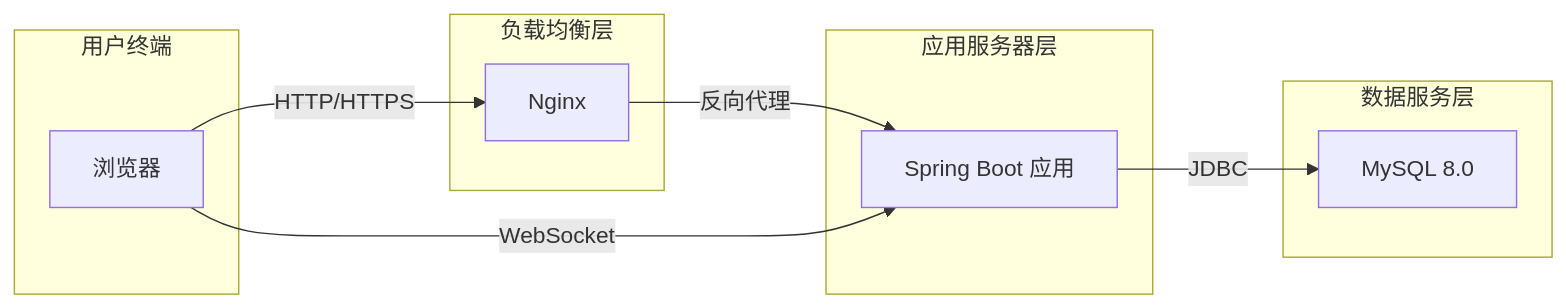
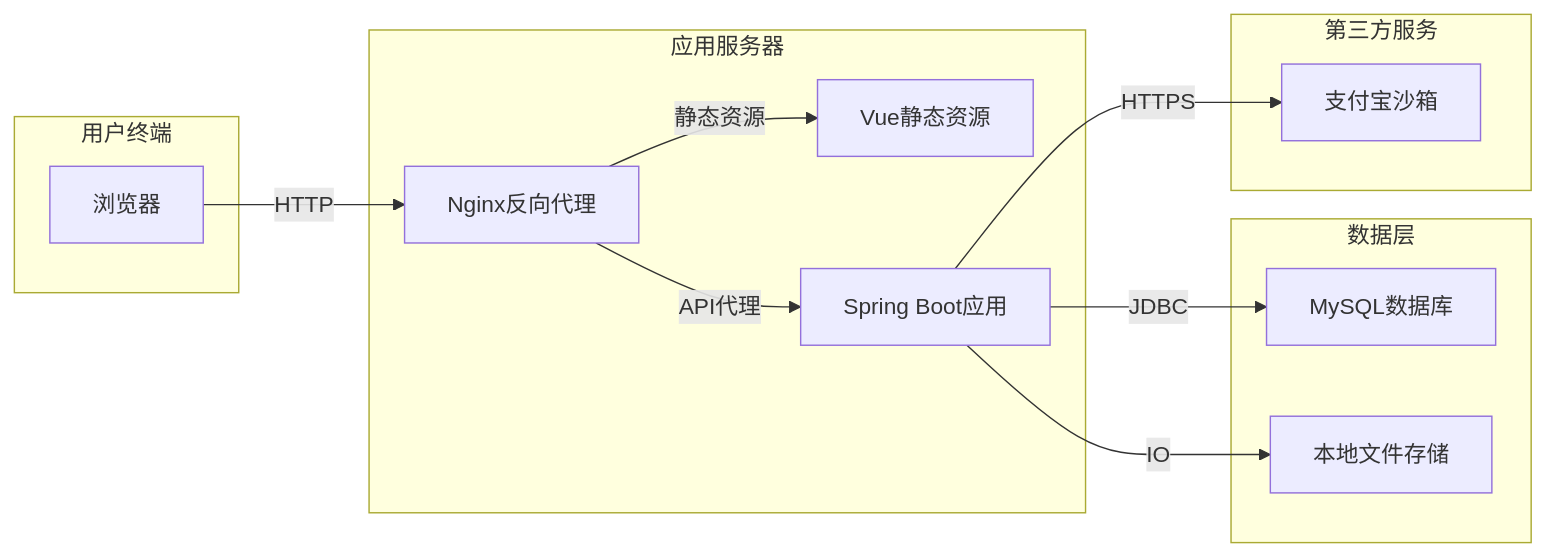
One commit to wxb09/nerbi changed the second of 2 diagrams in 论文/4.1系统总体架构设计.md. Above: the diagram before and after it, drawn with Mermaid. The commit also changed other lines of this file and 40 other files, not shown here.

````diff
--- a/论文/4.1系统总体架构设计.md
+++ b/论文/4.1系统总体架构设计.md
@@ -112,23 +77,28 @@
 ```mermaid
 graph LR
     subgraph 用户终端
         A[浏览器]
     end
 
-    subgraph 负载均衡层
-        B[Nginx]
+    subgraph 应用服务器
+        B[Nginx反向代理]
+        C[Vue静态资源]
+        D[Spring Boot应用]
     end
 
-    subgraph 应用服务器层
-        C[Spring Boot 应用]
+    subgraph 数据层
+        E[MySQL数据库]
+        F[本地文件存储]
     end
 
-    subgraph 数据服务层
-        D[MySQL 8.0]
+    subgraph 第三方服务
+        G[支付宝沙箱]
     end
 
-    A -->|HTTP/HTTPS| B
-    B -->|反向代理| C
-    C -->|JDBC| D
-    A -->|WebSocket| C
+    A -->|HTTP| B
+    B -->|静态资源| C
+    B -->|API代理| D
+    D -->|JDBC| E
+    D -->|IO| F
+    D -->|HTTPS| G
 ```
````
